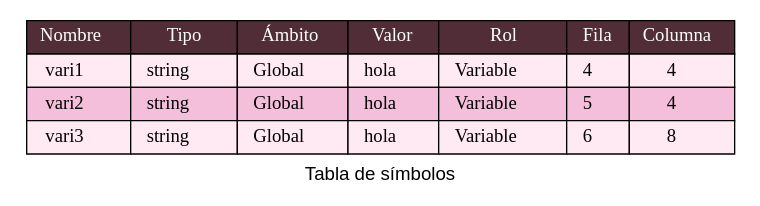
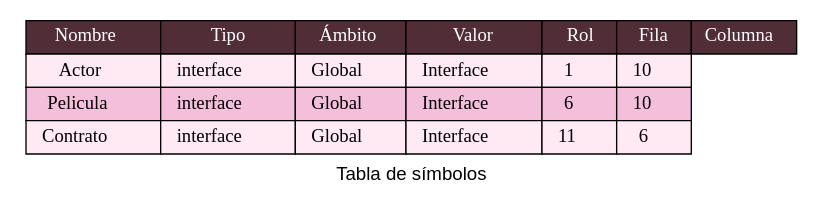
One commit to LuisaMariaO/OLC2P1-Luisa-Ortiz-Marjorie-Reyes changed the diagram in Fase 1/backend/TablaSimbolos.dot. Above: the diagram before and after it, drawn with Graphviz. The commit also changed 22 other files, not shown here.

```diff
--- a/Fase 1/backend/TablaSimbolos.dot
+++ b/Fase 1/backend/TablaSimbolos.dot
@@ -1,45 +1,42 @@
 digraph {
             fontname="Arial"
             label = "Tabla de símbolos"
             node[shape=none]
             n1[label=<
             <table BORDER="0" CELLBORDER="1" CELLSPACING="0" CELLPADDING="4">]
             <tr>
             <td bgcolor="#512D38"> <font color="white">Nombre </font></td>
             <td bgcolor="#512D38"> <font color="white">Tipo</font></td>
             <td bgcolor="#512D38"> <font color="white">Ámbito</font></td>
             <td bgcolor="#512D38"> <font color="white">Valor</font></td>
             <td bgcolor="#512D38"> <font color="white">Rol</font></td>
             <td bgcolor="#512D38"> <font color="white">Fila</font></td>
             <td bgcolor="#512D38"> <font color="white">Columna</font></td>
             </tr>
 <tr>
-<td bgcolor="#FFE9F3">   vari1   </td>
-<td bgcolor="#FFE9F3">   string   </td>
+<td bgcolor="#FFE9F3">   Actor   </td>
+<td bgcolor="#FFE9F3">   interface   </td>
 <td bgcolor="#FFE9F3">   Global   </td>
-<td bgcolor="#FFE9F3">   hola   </td>
-<td bgcolor="#FFE9F3">   Variable   </td>
-<td bgcolor="#FFE9F3">   4   </td>
-<td bgcolor="#FFE9F3">   4   </td>
+<td bgcolor="#FFE9F3">   Interface   </td>
+<td bgcolor="#FFE9F3">   1   </td>
+<td bgcolor="#FFE9F3">   10   </td>
 </tr>
 <tr>
-<td bgcolor="#F4BFDB">   vari2   </td>
-<td bgcolor="#F4BFDB">   string   </td>
+<td bgcolor="#F4BFDB">   Pelicula   </td>
+<td bgcolor="#F4BFDB">   interface   </td>
 <td bgcolor="#F4BFDB">   Global   </td>
-<td bgcolor="#F4BFDB">   hola   </td>
-<td bgcolor="#F4BFDB">   Variable   </td>
-<td bgcolor="#F4BFDB">   5   </td>
-<td bgcolor="#F4BFDB">   4   </td>
+<td bgcolor="#F4BFDB">   Interface   </td>
+<td bgcolor="#F4BFDB">   6   </td>
+<td bgcolor="#F4BFDB">   10   </td>
 </tr>
 <tr>
-<td bgcolor="#FFE9F3">   vari3   </td>
-<td bgcolor="#FFE9F3">   string   </td>
+<td bgcolor="#FFE9F3">   Contrato   </td>
+<td bgcolor="#FFE9F3">   interface   </td>
 <td bgcolor="#FFE9F3">   Global   </td>
-<td bgcolor="#FFE9F3">   hola   </td>
-<td bgcolor="#FFE9F3">   Variable   </td>
+<td bgcolor="#FFE9F3">   Interface   </td>
+<td bgcolor="#FFE9F3">   11   </td>
 <td bgcolor="#FFE9F3">   6   </td>
-<td bgcolor="#FFE9F3">   8   </td>
 </tr>
 </table>
     >]
     }
```
